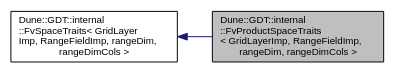
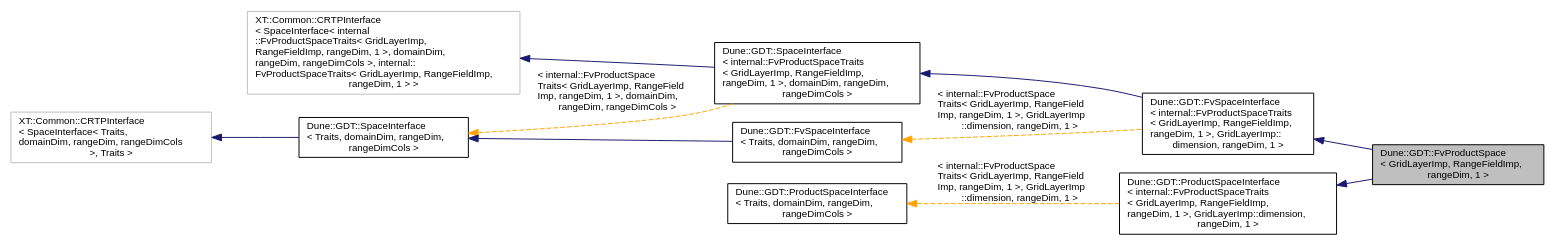
Before and after one commit to dune-community/dune-community.github.io: the diagram in docs/dune-gdt/master/a02656.dot, drawn with Graphviz. The commit also changed 1973 other files, not shown here.

Commit message:
Updated documentation for dune-gdt master

```diff
--- a/docs/dune-gdt/master/a02656.dot
+++ b/docs/dune-gdt/master/a02656.dot
@@ -1,9 +1,24 @@
-digraph "Dune::GDT::internal::FvProductSpaceTraits&lt; GridLayerImp, RangeFieldImp, rangeDim, rangeDimCols &gt;"
+digraph "Dune::GDT::FvProductSpace&lt; GridLayerImp, RangeFieldImp, rangeDim, 1 &gt;"
 {
   edge [fontname="Helvetica",fontsize="10",labelfontname="Helvetica",labelfontsize="10"];
   node [fontname="Helvetica",fontsize="10",shape=record];
   rankdir="LR";
-  Node0 [label="Dune::GDT::internal\l::FvProductSpaceTraits\l\< GridLayerImp, RangeFieldImp,\l rangeDim, rangeDimCols \>",height=0.2,width=0.4,color="black", fillcolor="grey75", style="filled", fontcolor="black"];
+  Node0 [label="Dune::GDT::FvProductSpace\l\< GridLayerImp, RangeFieldImp,\l rangeDim, 1 \>",height=0.2,width=0.4,color="black", fillcolor="grey75", style="filled", fontcolor="black"];
   Node1 -> Node0 [dir="back",color="midnightblue",fontsize="10",style="solid",fontname="Helvetica"];
-  Node1 [label="Dune::GDT::internal\l::FvSpaceTraits\< GridLayer\lImp, RangeFieldImp, rangeDim,\l rangeDimCols \>",height=0.2,width=0.4,color="black", fillcolor="white", style="filled",URL="$a02629.html",tooltip="Traits class for FvSpace. "];
+  Node1 [label="Dune::GDT::FvSpaceInterface\l\< internal::FvProductSpaceTraits\l\< GridLayerImp, RangeFieldImp,\l rangeDim, 1 \>, GridLayerImp::\ldimension, rangeDim, 1 \>",height=0.2,width=0.4,color="black", fillcolor="white", style="filled",URL="$a02633.html"];
+  Node2 -> Node1 [dir="back",color="midnightblue",fontsize="10",style="solid",fontname="Helvetica"];
+  Node2 [label="Dune::GDT::SpaceInterface\l\< internal::FvProductSpaceTraits\l\< GridLayerImp, RangeFieldImp,\l rangeDim, 1 \>, domainDim, rangeDim,\l rangeDimCols \>",height=0.2,width=0.4,color="black", fillcolor="white", style="filled",URL="$a02705.html"];
+  Node3 -> Node2 [dir="back",color="midnightblue",fontsize="10",style="solid",fontname="Helvetica"];
+  Node3 [label="XT::Common::CRTPInterface\l\< SpaceInterface\< internal\l::FvProductSpaceTraits\< GridLayerImp,\l RangeFieldImp, rangeDim, 1 \>, domainDim,\l rangeDim, rangeDimCols \>, internal::\lFvProductSpaceTraits\< GridLayerImp, RangeFieldImp,\l rangeDim, 1 \> \>",height=0.2,width=0.4,color="grey75", fillcolor="white", style="filled"];
+  Node4 -> Node2 [dir="back",color="orange",fontsize="10",style="dashed",label=" \< internal::FvProductSpace\lTraits\< GridLayerImp, RangeField\lImp, rangeDim, 1 \>, domainDim,\l rangeDim, rangeDimCols \>" ,fontname="Helvetica"];
+  Node4 [label="Dune::GDT::SpaceInterface\l\< Traits, domainDim, rangeDim,\l rangeDimCols \>",height=0.2,width=0.4,color="black", fillcolor="white", style="filled",URL="$a02705.html"];
+  Node5 -> Node4 [dir="back",color="midnightblue",fontsize="10",style="solid",fontname="Helvetica"];
+  Node5 [label="XT::Common::CRTPInterface\l\< SpaceInterface\< Traits,\l domainDim, rangeDim, rangeDimCols\l \>, Traits \>",height=0.2,width=0.4,color="grey75", fillcolor="white", style="filled"];
+  Node6 -> Node1 [dir="back",color="orange",fontsize="10",style="dashed",label=" \< internal::FvProductSpace\lTraits\< GridLayerImp, RangeField\lImp, rangeDim, 1 \>, GridLayerImp\l::dimension, rangeDim, 1 \>" ,fontname="Helvetica"];
+  Node6 [label="Dune::GDT::FvSpaceInterface\l\< Traits, domainDim, rangeDim,\l rangeDimCols \>",height=0.2,width=0.4,color="black", fillcolor="white", style="filled",URL="$a02633.html"];
+  Node4 -> Node6 [dir="back",color="midnightblue",fontsize="10",style="solid",fontname="Helvetica"];
+  Node7 -> Node0 [dir="back",color="midnightblue",fontsize="10",style="solid",fontname="Helvetica"];
+  Node7 [label="Dune::GDT::ProductSpaceInterface\l\< internal::FvProductSpaceTraits\l\< GridLayerImp, RangeFieldImp,\l rangeDim, 1 \>, GridLayerImp::dimension,\l rangeDim, 1 \>",height=0.2,width=0.4,color="black", fillcolor="white", style="filled",URL="$a02713.html"];
+  Node8 -> Node7 [dir="back",color="orange",fontsize="10",style="dashed",label=" \< internal::FvProductSpace\lTraits\< GridLayerImp, RangeField\lImp, rangeDim, 1 \>, GridLayerImp\l::dimension, rangeDim, 1 \>" ,fontname="Helvetica"];
+  Node8 [label="Dune::GDT::ProductSpaceInterface\l\< Traits, domainDim, rangeDim,\l rangeDimCols \>",height=0.2,width=0.4,color="black", fillcolor="white", style="filled",URL="$a02713.html"];
 }
```
